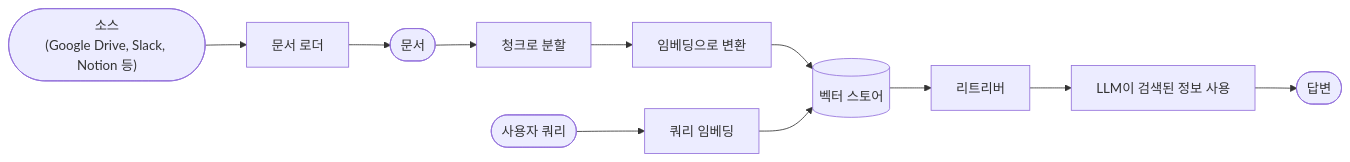
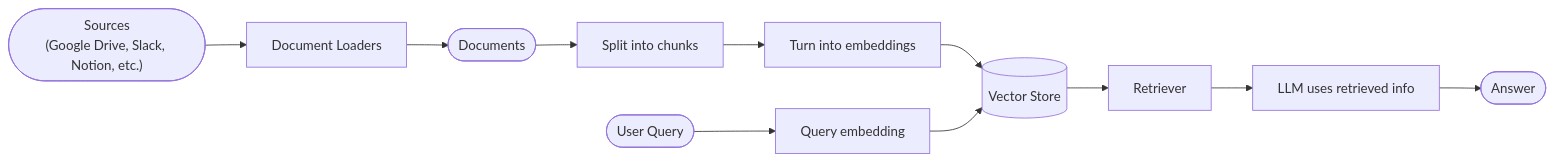
The first of 4 diagrams in build/oss/javascript/langchain/retrieval.mdx (jeongsk/langchain-docs), drawn with Mermaid before and after one commit. The commit also changed other lines of this file and 548 other files, not shown here.

````diff
--- a/build/oss/javascript/langchain/retrieval.mdx
+++ b/build/oss/javascript/langchain/retrieval.mdx
@@ -49,13 +49,13 @@
 ```mermaid
 flowchart LR
-  S(["소스<br>(Google Drive, Slack, Notion 등)"]) --> L[문서 로더]
-  L --> A([문서])
-  A --> B[청크로 분할]
-  B --> C[임베딩으로 변환]
-  C --> D[(벡터 스토어)]
-  Q([사용자 쿼리]) --> E[쿼리 임베딩]
+  S(["Sources<br>(Google Drive, Slack, Notion, etc.)"]) --> L[Document Loaders]
+  L --> A([Documents])
+  A --> B[Split into chunks]
+  B --> C[Turn into embeddings]
+  C --> D[(Vector Store)]
+  Q([User Query]) --> E[Query embedding]
   E --> D
-  D --> F[리트리버]
-  F --> G[LLM이 검색된 정보 사용]
-  G --> H([답변])
+  D --> F[Retriever]
+  F --> G[LLM uses retrieved info]
+  G --> H([Answer])
 ```
````
